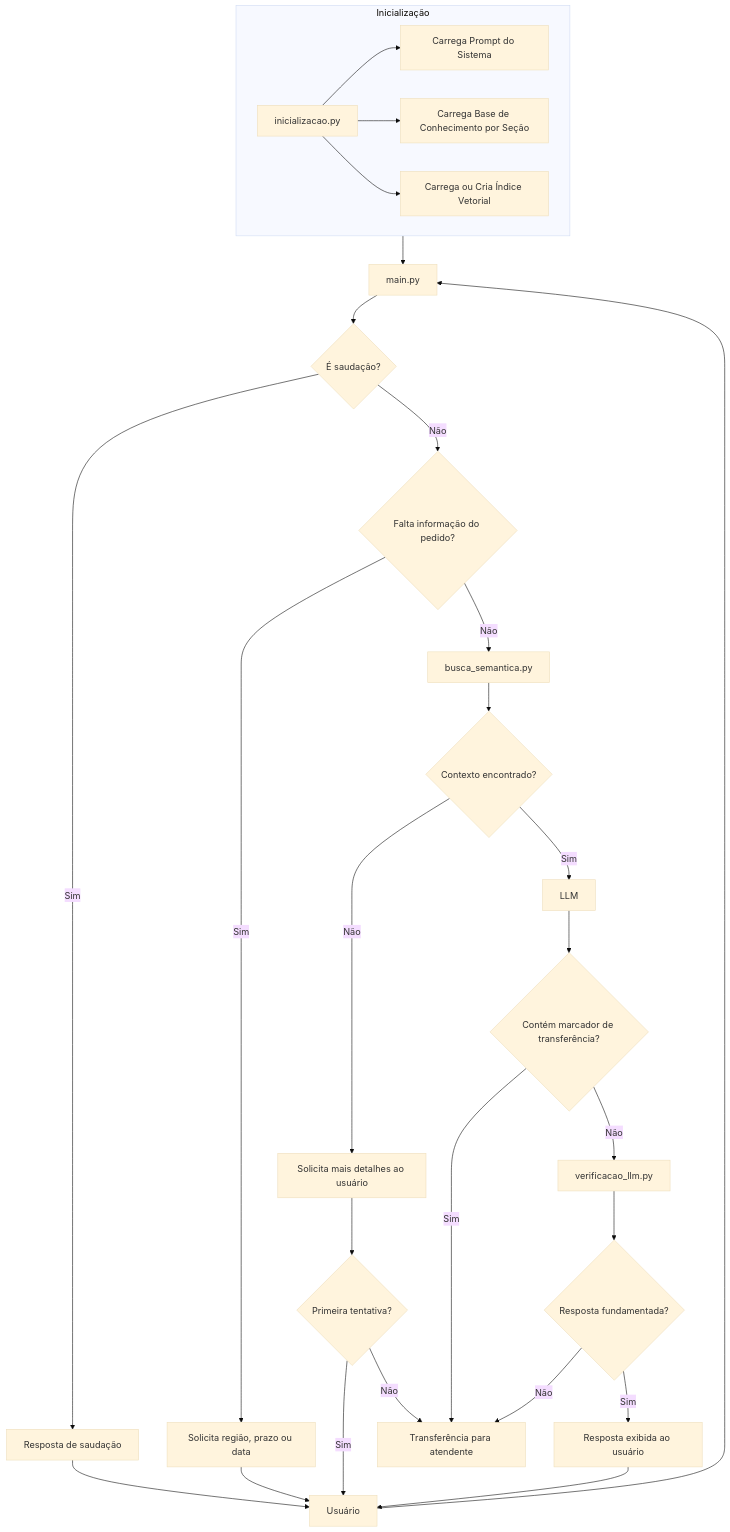
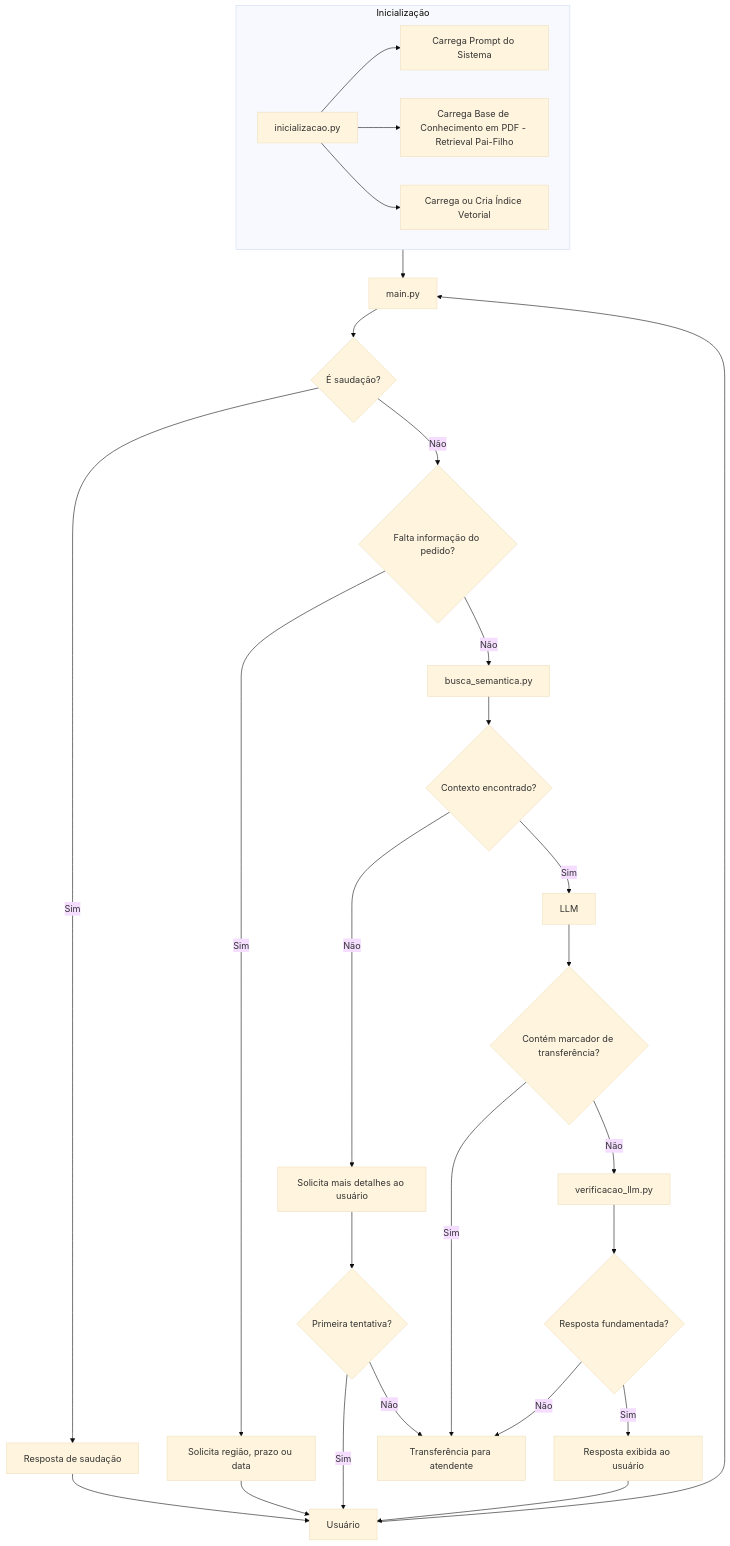
One commit to igormuccio/max-assistente changed the diagram in README.md. Above: the diagram before and after it, drawn with Mermaid (base theme). The commit also changed other lines of this file, not shown here.

Commit message:
atualiza README com a migração para base em PDF e retrieval pai-filho

````diff
--- a/README.md
+++ b/README.md
@@ -63,40 +63,40 @@
 ```mermaid
 flowchart TD
     Usuario[Usuário]
     mainpy[main.py]
 
     subgraph Inicializacao [Inicialização]
         inicializacaopy[inicializacao.py] --> CarregaPrompt[Carrega Prompt do Sistema]
-        inicializacaopy --> CarregaBase[Carrega Base de Conhecimento por Seção]
+        inicializacaopy --> CarregaBase[Carrega Base de Conhecimento em PDF - Retrieval Pai-Filho]
         inicializacaopy --> CarregaIndice[Carrega ou Cria Índice Vetorial]
     end
 
     Inicializacao --> mainpy
     Usuario --> mainpy
     mainpy --> Saudacao{É saudação?}
 
     Saudacao -->|Sim| RespostaSaudacao[Resposta de saudação]
     RespostaSaudacao --> Usuario
 
     Saudacao -->|Não| FaltaInfo{Falta informação do pedido?}
     FaltaInfo -->|Sim| SolicitaInfo[Solicita região, prazo ou data]
     SolicitaInfo --> Usuario
 
     FaltaInfo -->|Não| buscapy[busca_semantica.py]
     buscapy --> ContextoEncontrado{Contexto encontrado?}
 
     ContextoEncontrado -->|Não| SolicitaDetalhes[Solicita mais detalhes ao usuário]
     SolicitaDetalhes --> PrimeiraTentativa{Primeira tentativa?}
     PrimeiraTentativa -->|Sim| Usuario
     PrimeiraTentativa -->|Não| Transferencia[Transferência para atendente]
 
     ContextoEncontrado -->|Sim| LLM[LLM]
     LLM --> MarcadorTransferencia{Contém marcador de transferência?}
     MarcadorTransferencia -->|Sim| Transferencia
     MarcadorTransferencia -->|Não| verificacaopy[verificacao_llm.py]
 
     verificacaopy --> RespostaFundamentada{Resposta fundamentada?}
     RespostaFundamentada -->|Não| Transferencia
     RespostaFundamentada -->|Sim| RespostaExibida[Resposta exibida ao usuário]
     RespostaExibida --> Usuario
 ```
````
